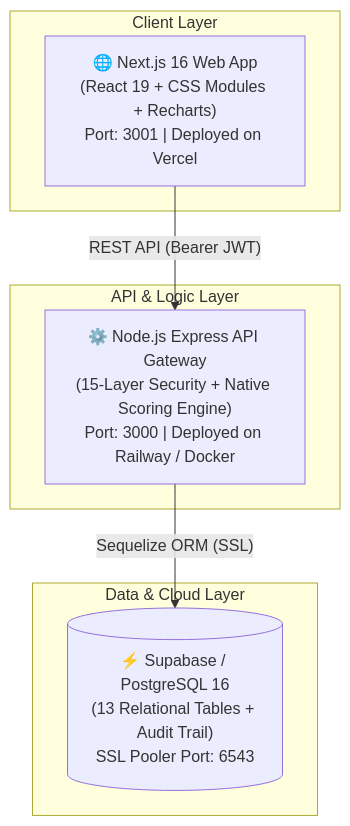
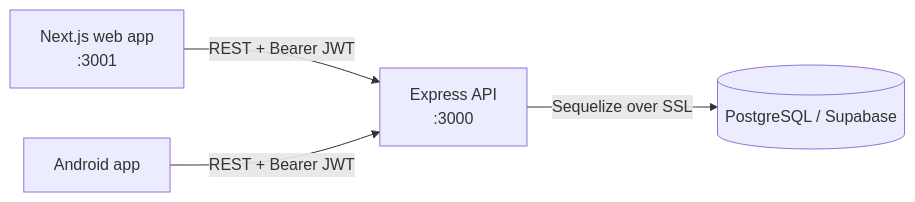
One commit to dhamalomm-creative/B12 changed the diagram in README.md. Above: the diagram before and after it, drawn with Mermaid. The commit also changed other lines of this file and 16 other files, not shown here.

````diff
--- a/README.md
+++ b/README.md
@@ -22,17 +38,6 @@
 ```mermaid
-graph TB
-  subgraph "Client Layer"
-    WEB["🌐 Next.js 16 Web App<br/>(React 19 + CSS Modules + Recharts)<br/>Port: 3001 | Deployed on Vercel"]
-  end
-
-  subgraph "API & Logic Layer"
-    API["⚙️ Node.js Express API Gateway<br/>(15-Layer Security + Native Scoring Engine)<br/>Port: 3000 | Deployed on Railway / Docker"]
-  end
-
-  subgraph "Data & Cloud Layer"
-    DB[("⚡ Supabase / PostgreSQL 16<br/>(13 Relational Tables + Audit Trail)<br/>SSL Pooler Port: 6543")]
-  end
-
-  WEB -->|"REST API (Bearer JWT)"| API
-  API -->|"Sequelize ORM (SSL)"| DB
+graph LR
+  WEB["Next.js web app<br/>:3001"] -->|"REST + Bearer JWT"| API["Express API<br/>:3000"]
+  APP["Android app"] -->|"REST + Bearer JWT"| API
+  API -->|"Sequelize over SSL"| DB[("PostgreSQL / Supabase")]
 ```
````
